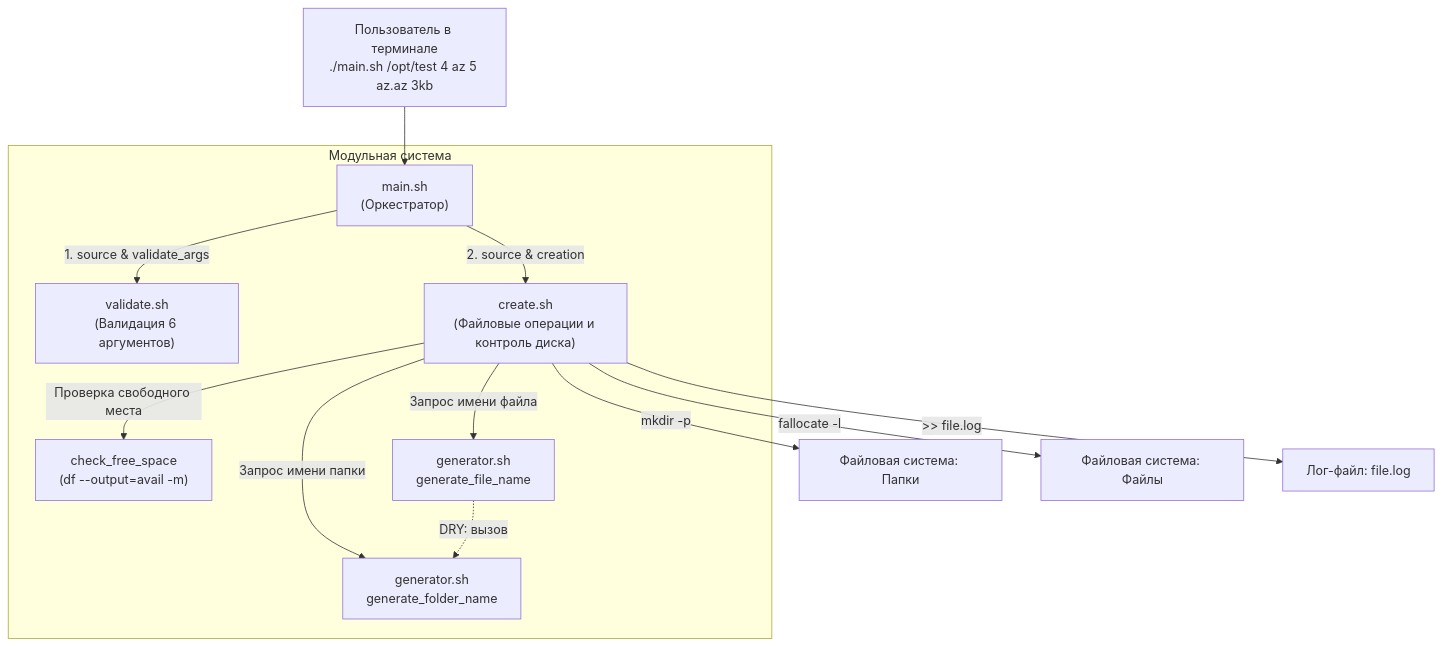
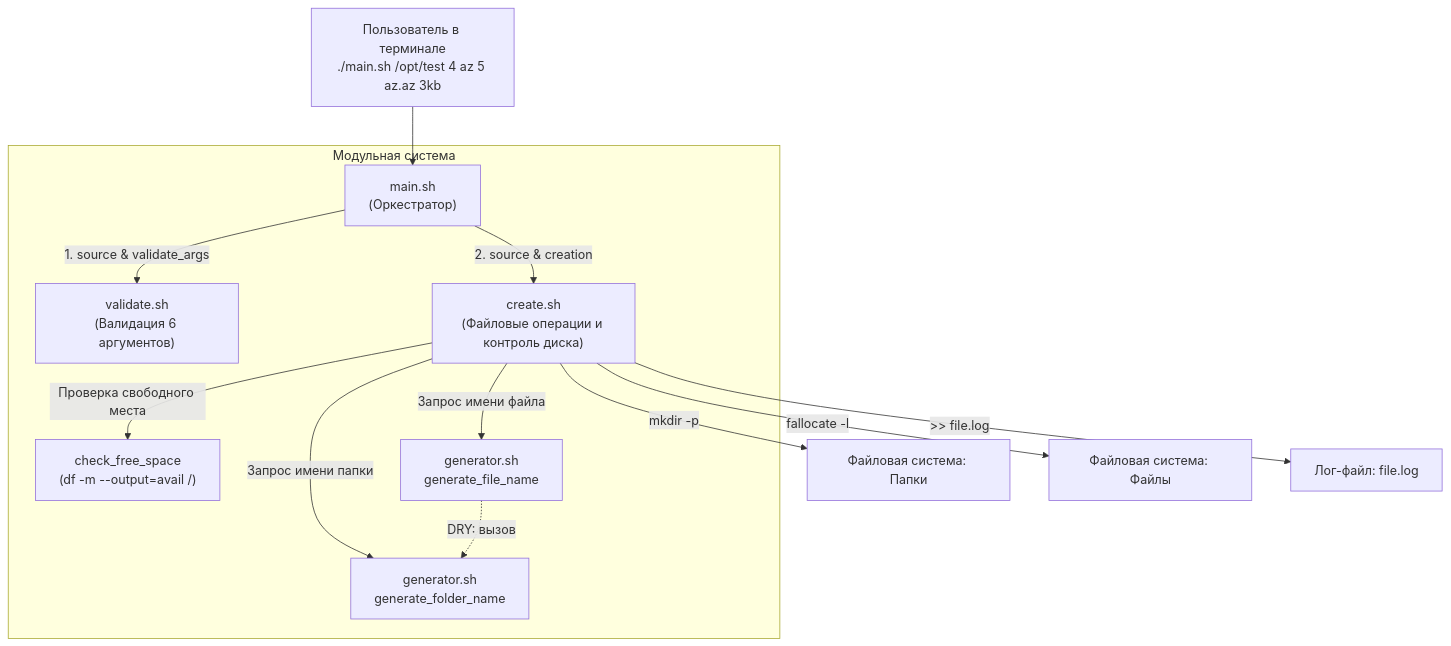
One commit to BeerLover47/linux-system-monitor changed the diagram in DO4_PART1_DEEP_DIVE.md. Above: the diagram before and after it, drawn with Mermaid. The commit also changed other lines of this file and 1 other file, not shown here.

````diff
--- a/DO4_PART1_DEEP_DIVE.md
+++ b/DO4_PART1_DEEP_DIVE.md
@@ -62,17 +69,17 @@
 ```mermaid
 flowchart TD
     User["Пользователь в терминале\n./main.sh /opt/test 4 az 5 az.az 3kb"] --> Main["main.sh\n(Оркестратор)"]
     
     subgraph Modules["Модульная система"]
         Main -->|1. source & validate_args| Val["validate.sh\n(Валидация 6 аргументов)"]
         Main -->|2. source & creation| Create["create.sh\n(Файловые операции и контроль диска)"]
-        Create -->|Проверка свободного места| Space["check_free_space\n(df --output=avail -m)"]
+        Create -->|Проверка свободного места| Space["check_free_space\n(df -m --output=avail /)"]
         Create -->|Запрос имени папки| GenF["generator.sh\ngenerate_folder_name"]
         Create -->|Запрос имени файла| GenFile["generator.sh\ngenerate_file_name"]
         GenFile -.->|DRY: вызов| GenF
     end
 
     Create -->|mkdir -p| FS_Dir["Файловая система: Папки"]
     Create -->|fallocate -l| FS_File["Файловая система: Файлы"]
     Create -->|>> file.log| Log["Лог-файл: file.log"]
 ```
````
